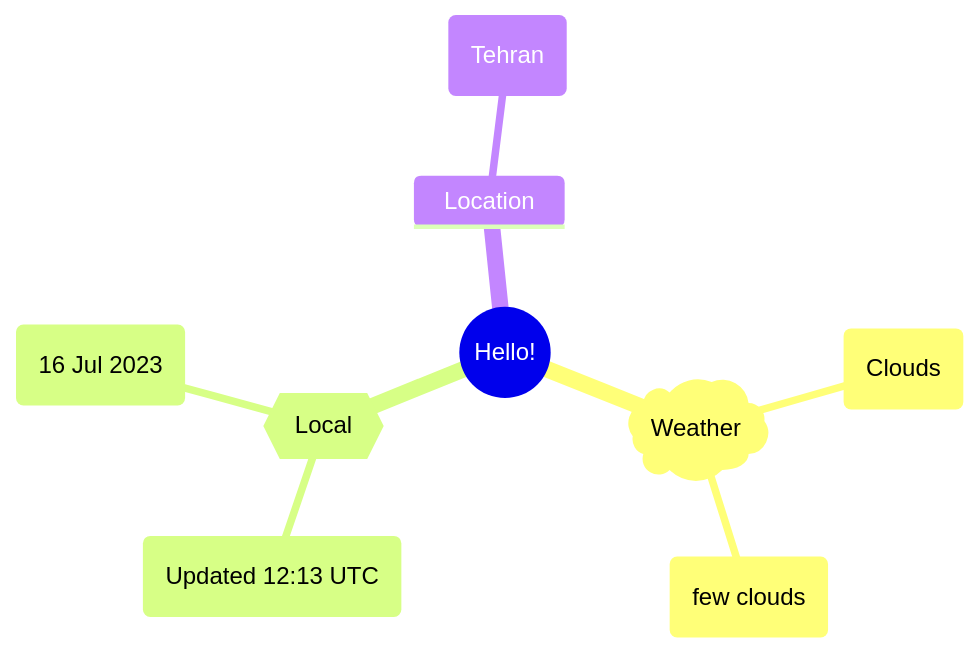
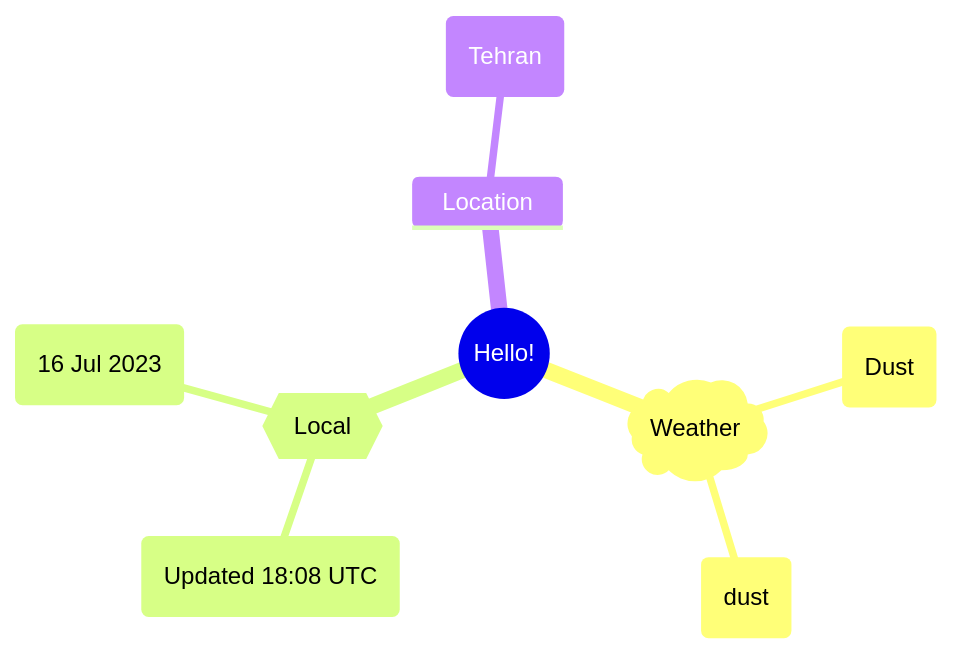
Before and after one commit to Xosrov/Xosrov: the first of 2 diagrams in README.md, drawn with Mermaid.

Commit message:
[bot] updated images

````diff
--- a/README.md
+++ b/README.md
@@ -3,12 +3,12 @@
 ```mermaid
 mindmap
   root((Hello!))
     )Weather(
-        (Clouds)
-        (few clouds)
+        (Dust)
+        (dust)
     {{Local}}
-        (Updated 12:13 UTC)
+        (Updated 18:08 UTC)
         (16 Jul 2023)
     Location
         (Tehran)
 ```
````
